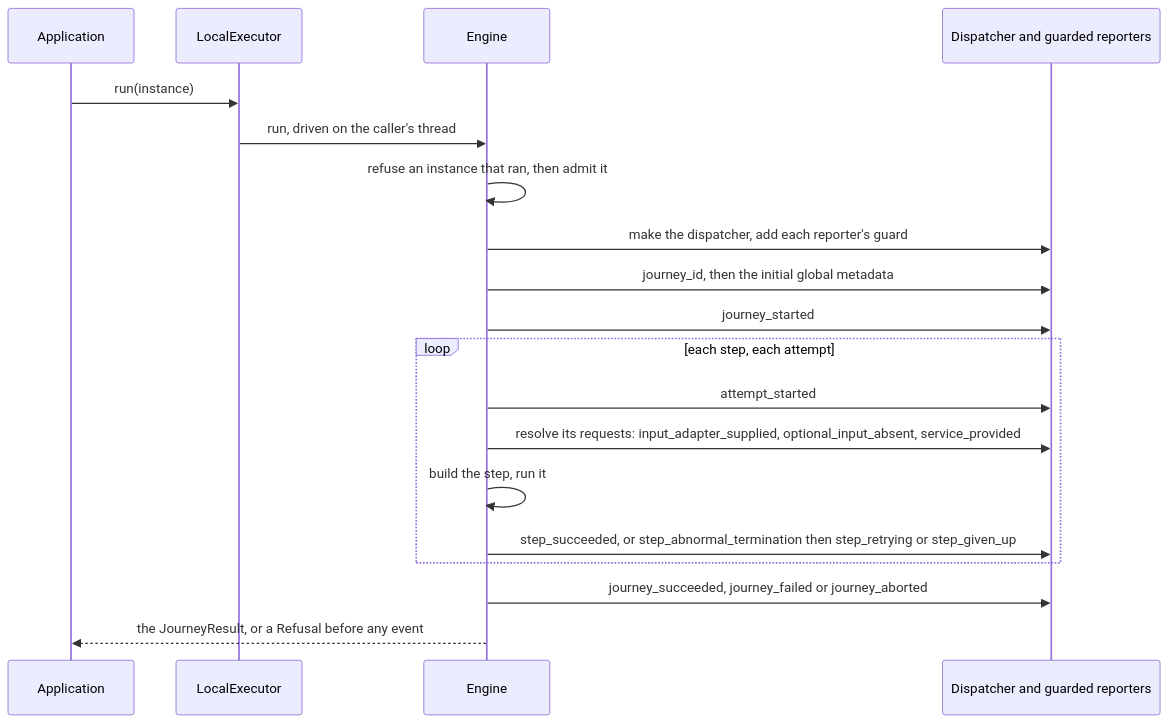
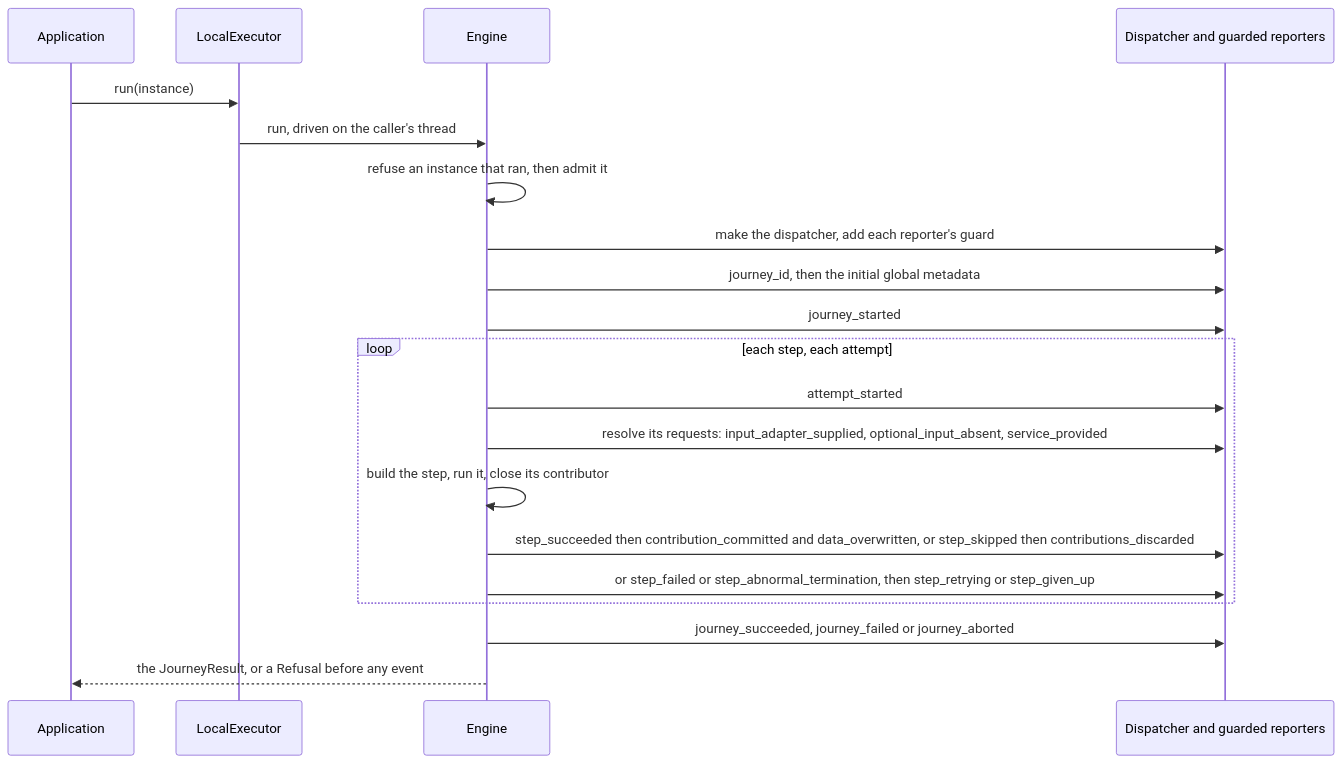
One commit to itinera-dev/itinera-j changed the third of 4 diagrams in docs/architecture.md. Above: the diagram before and after it, drawn with Mermaid. The commit also changed other lines of this file and 53 other files, not shown here.

````diff
--- a/docs/architecture.md
+++ b/docs/architecture.md
@@ -79,23 +79,24 @@
 ```mermaid
 sequenceDiagram
     accTitle: How LocalExecutor runs one journey
-    accDescr: The application calls run with an instance. The executor refuses a call while it runs a journey and an instance that ran, then checks the instance for every violation, then makes the dispatcher and adds a guard for each reporter, then sets journey_id and the initial global metadata. Then the engine emits journey_started, and for each step attempts it: attempt_started, then what the step requests is resolved, its inputs first, through its input adapter, which emits input_adapter_supplied, or from the data bag, which emits optional_input_absent for an optional input with no value, then its services, whose providers emit service_provided, then the step is built and run; a success emits step_succeeded, an abnormal termination emits step_abnormal_termination, then step_retrying and another attempt, or step_given_up and journey_failed. Once every step succeeded, it emits journey_succeeded. An abort emits journey_aborted. The executor returns the result.
+    accDescr: The application calls run with an instance. The executor refuses a call while it runs a journey and an instance that ran, then checks the instance for every violation, then makes the dispatcher and adds a guard for each reporter, then sets journey_id and the initial global metadata. Then the engine emits journey_started, and for each step attempts it: attempt_started, then what the step requests is resolved, its inputs first, through its input adapter, which emits input_adapter_supplied, or from the data bag, which emits optional_input_absent for an optional input with no value, then its services, whose providers emit service_provided, then the step is built and run with a contributor made for the attempt; a success emits step_succeeded, then contribution_committed for each key the step contributed, with data_overwritten after a key that held a value; a skip emits step_skipped and contributions_discarded, and the next step follows; a failure emits step_failed and an abnormal termination step_abnormal_termination, then step_retrying and another attempt, or step_given_up and journey_failed. Once every step succeeded or skipped, it emits journey_succeeded. An abort emits journey_aborted. The executor returns the result.
     participant App as Application
     participant Exec as LocalExecutor
     participant Eng as Engine
     participant Disp as Dispatcher and guarded reporters
     App->>Exec: run(instance)
     Exec->>Eng: run, driven on the caller's thread
     Eng->>Eng: refuse an instance that ran, then admit it
     Eng->>Disp: make the dispatcher, add each reporter's guard
     Eng->>Disp: journey_id, then the initial global metadata
     Eng->>Disp: journey_started
     loop each step, each attempt
         Eng->>Disp: attempt_started
         Eng->>Disp: resolve its requests: input_adapter_supplied, optional_input_absent, service_provided
-        Eng->>Eng: build the step, run it
-        Eng->>Disp: step_succeeded, or step_abnormal_termination then step_retrying or step_given_up
+        Eng->>Eng: build the step, run it, close its contributor
+        Eng->>Disp: step_succeeded then contribution_committed and data_overwritten, or step_skipped then contributions_discarded
+        Eng->>Disp: or step_failed or step_abnormal_termination, then step_retrying or step_given_up
     end
     Eng->>Disp: journey_succeeded, journey_failed or journey_aborted
     Eng-->>App: the JourneyResult, or a Refusal before any event
 ```
````
